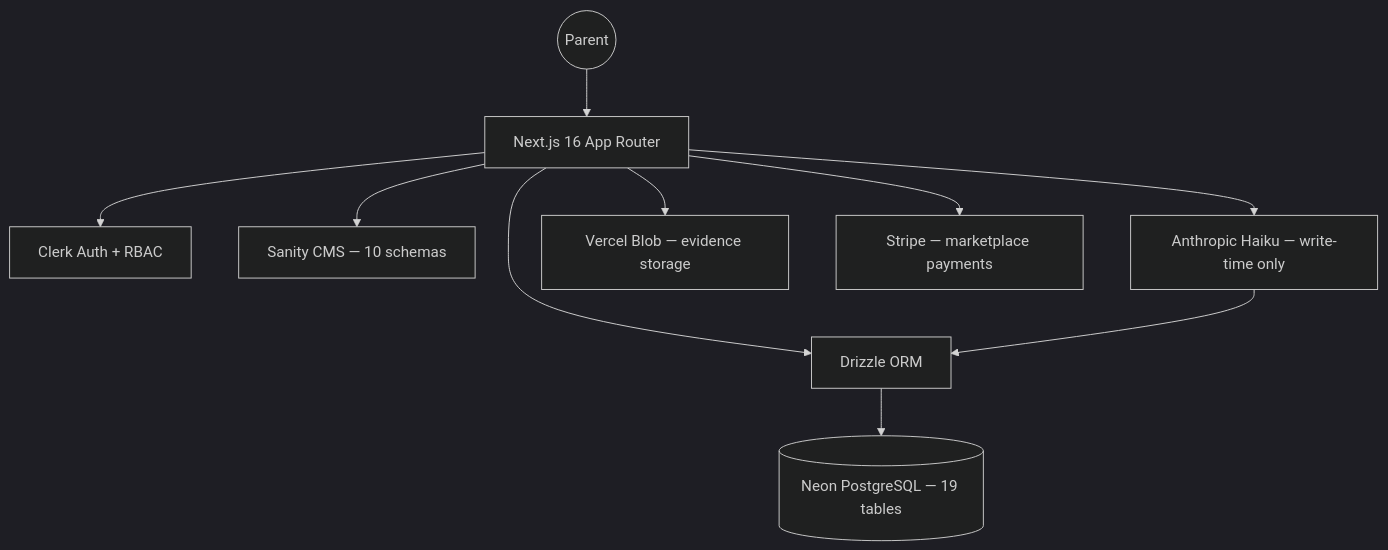
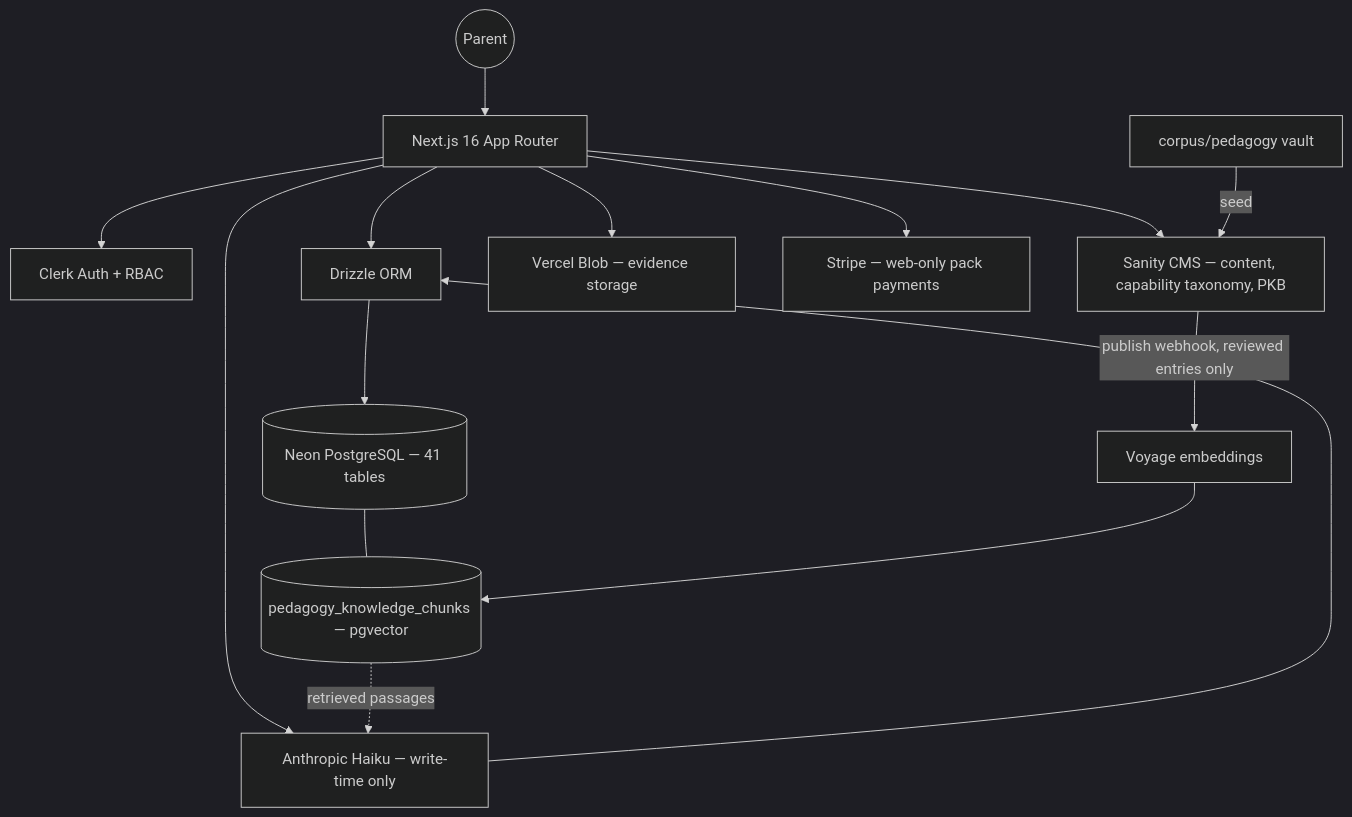
One commit to Glorptraag/hearth changed the first of 2 diagrams in docs/system-map.md. Above: the diagram before and after it, drawn with Mermaid (dark theme). The commit also changed other lines of this file and 2 other files, not shown here.

````diff
--- a/docs/system-map.md
+++ b/docs/system-map.md
@@ -85,12 +90,17 @@
 ```mermaid
 graph TD
     User((Parent)) --> NextJS[Next.js 16 App Router]
     NextJS --> Clerk[Clerk Auth + RBAC]
     NextJS --> Drizzle[Drizzle ORM]
-    Drizzle --> Neon[(Neon PostgreSQL — 19 tables)]
-    NextJS --> Sanity[Sanity CMS — 10 schemas]
+    Drizzle --> Neon[(Neon PostgreSQL — 41 tables)]
+    Neon --- PKB[(pedagogy_knowledge_chunks — pgvector)]
+    NextJS --> Sanity[Sanity CMS — content, capability taxonomy, PKB]
     NextJS --> AI[Anthropic Haiku — write-time only]
+    AI --> Drizzle
+    PKB -. retrieved passages .-> AI
+    Sanity -- publish webhook, reviewed entries only --> Voyage[Voyage embeddings]
+    Voyage --> PKB
+    Vault[corpus/pedagogy vault] -- seed --> Sanity
     NextJS --> Blob[Vercel Blob — evidence storage]
-    NextJS --> Stripe[Stripe — marketplace payments]
-    AI --> Drizzle
+    NextJS --> Stripe[Stripe — web-only pack payments]
 ```
````
